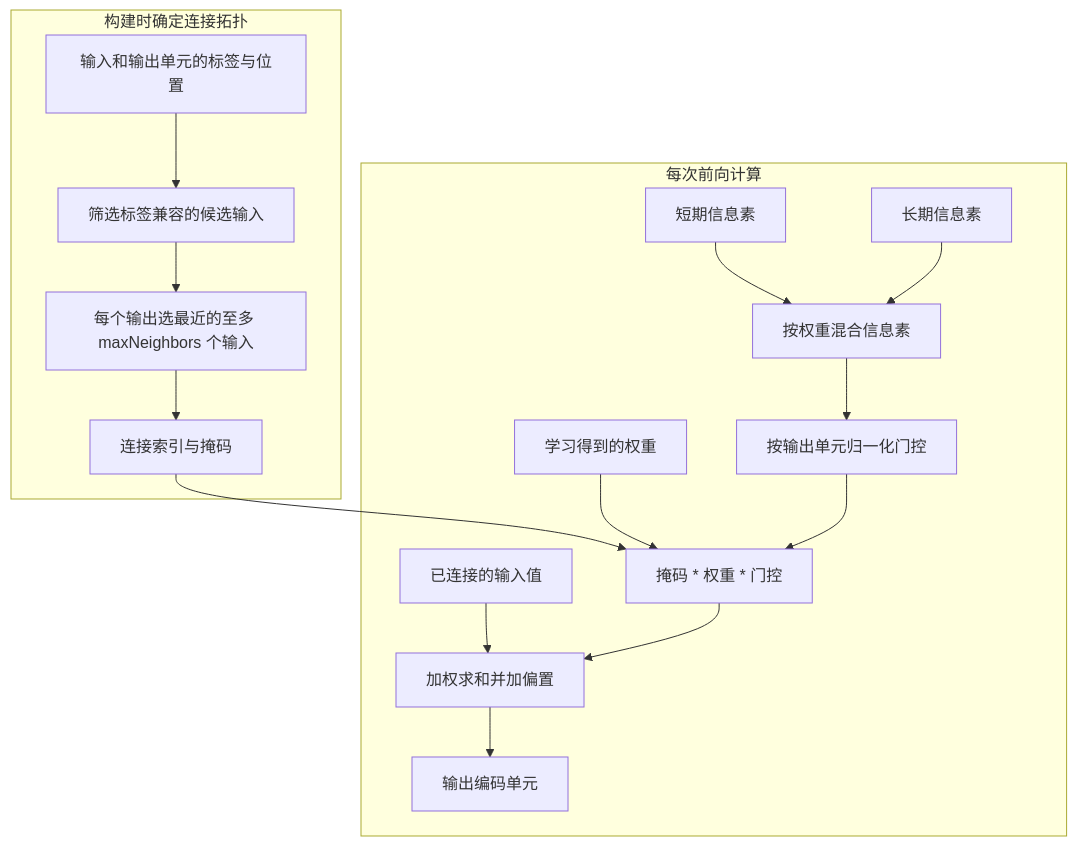
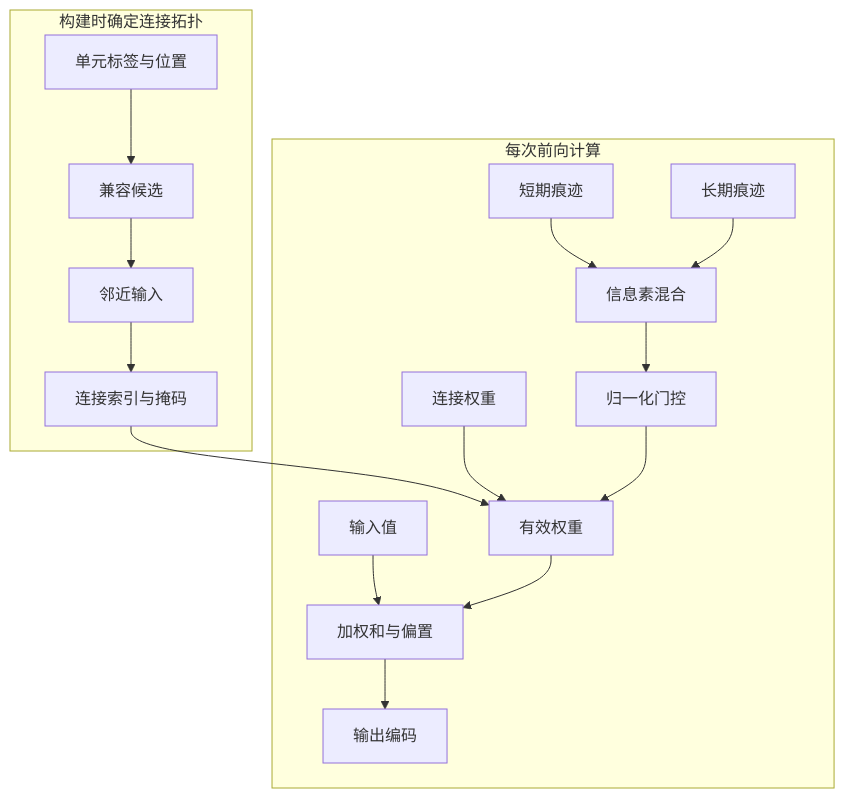
The third of 4 diagrams in README.zh-CN.md (Wrste/pheromone-network), drawn with Mermaid before and after one commit. The commit also changed other lines of this file and 2 other files, not shown here.

Commit message:
docs: shorten model diagram labels

````diff
--- a/README.zh-CN.md
+++ b/README.zh-CN.md
@@ -151,19 +151,19 @@
 ```mermaid
 flowchart TD
   subgraph build[构建时确定连接拓扑]
-    tags[输入和输出单元的标签与位置] --> candidates[筛选标签兼容的候选输入]
-    candidates --> neighbors[每个输出选最近的至多 maxNeighbors 个输入]
+    tags[单元标签与位置] --> candidates[兼容候选]
+    candidates --> neighbors[邻近输入]
     neighbors --> mask[连接索引与掩码]
   end
   subgraph forward[每次前向计算]
-    short[短期信息素] --> blend[按权重混合信息素]
-    long[长期信息素] --> blend
-    blend --> gate[按输出单元归一化门控]
-    mask --> effective[掩码 * 权重 * 门控]
-    weight[学习得到的权重] --> effective
+    short[短期痕迹] --> blend[信息素混合]
+    long[长期痕迹] --> blend
+    blend --> gate[归一化门控]
+    mask --> effective[有效权重]
+    weight[连接权重] --> effective
     gate --> effective
-    input[已连接的输入值] --> sum[加权求和并加偏置]
+    input[输入值] --> sum[加权和与偏置]
     effective --> sum
-    sum --> output[输出编码单元]
+    sum --> output[输出编码]
   end
 ```
````
